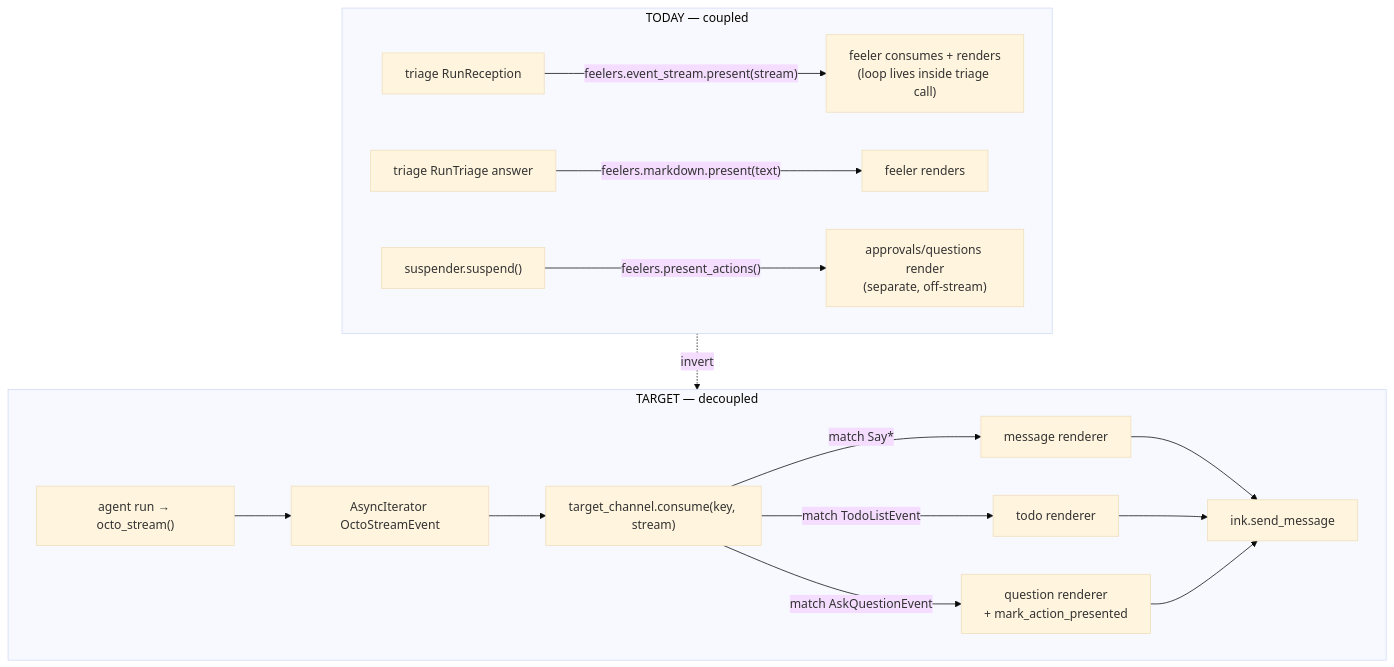
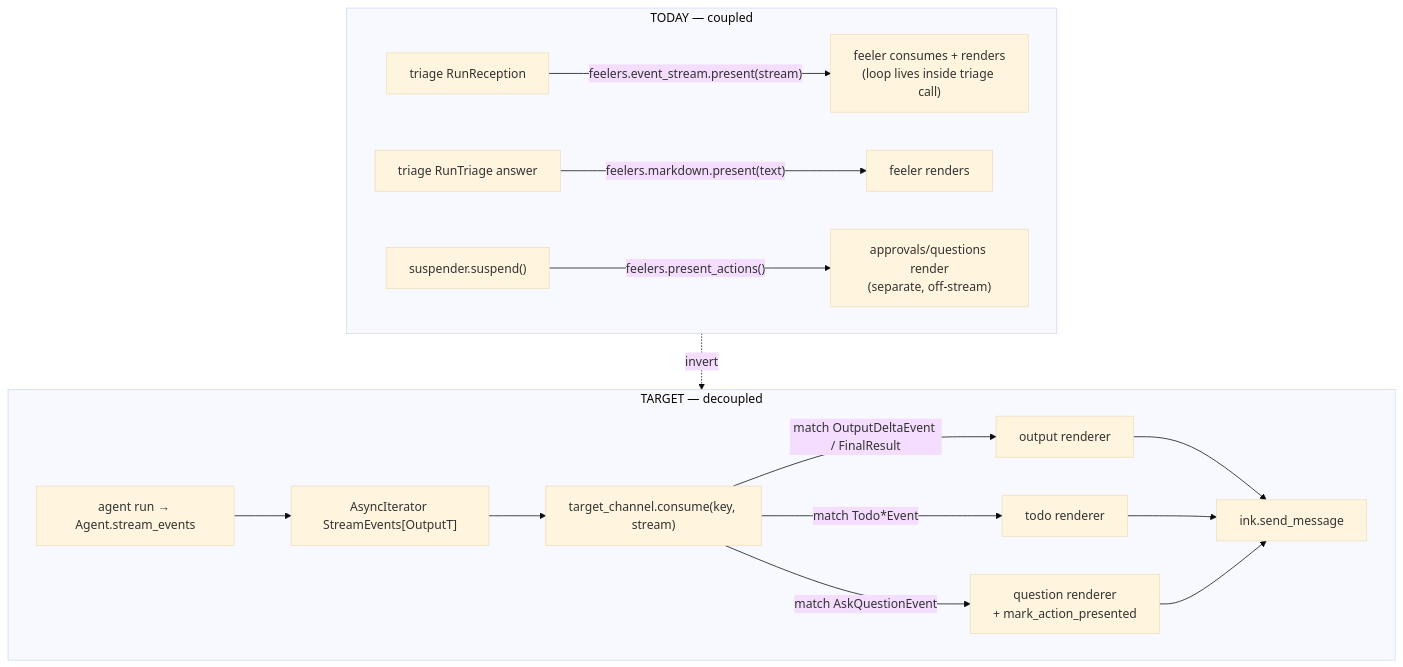
The second of 6 diagrams in docs/plans/agent-event-stream.md (kalynnka/octomate), drawn with Mermaid (base theme) before and after one commit. The commit also changed other lines of this file and 16 other files, not shown here.

First line of the commit message:
feat(capabilities): UoW-4 — persisted todo subsystem (toolset + capability + granular events)

````diff
--- a/docs/plans/agent-event-stream.md
+++ b/docs/plans/agent-event-stream.md
@@ -55,19 +80,19 @@
 ```mermaid
 flowchart TB
     subgraph NOW["TODAY — coupled"]
         T1["triage RunReception"] -->|"feelers.event_stream.present(stream)"| F1["feeler consumes + renders<br/>(loop lives inside triage call)"]
         T2["triage RunTriage answer"] -->|"feelers.markdown.present(text)"| F2["feeler renders"]
         S1["suspender.suspend()"] -->|"feelers.present_actions()"| F3["approvals/questions render<br/>(separate, off-stream)"]
     end
 
     subgraph TARGET["TARGET — decoupled"]
-        P["agent run → octo_stream()"] --> ST["AsyncIterator OctoStreamEvent"]
+        P["agent run → Agent.stream_events"] --> ST["AsyncIterator StreamEvents[OutputT]"]
         ST --> C["target_channel.consume(key, stream)"]
-        C -->|match Say*| R1["message renderer"]
-        C -->|match TodoListEvent| R2["todo renderer"]
+        C -->|"match OutputDeltaEvent / FinalResult"| R1["output renderer"]
+        C -->|match Todo*Event| R2["todo renderer"]
         C -->|match AskQuestionEvent| R3["question renderer<br/>+ mark_action_presented"]
         R1 & R2 & R3 --> INK["ink.send_message"]
     end
 
     NOW -. invert .-> TARGET
 ```
````
